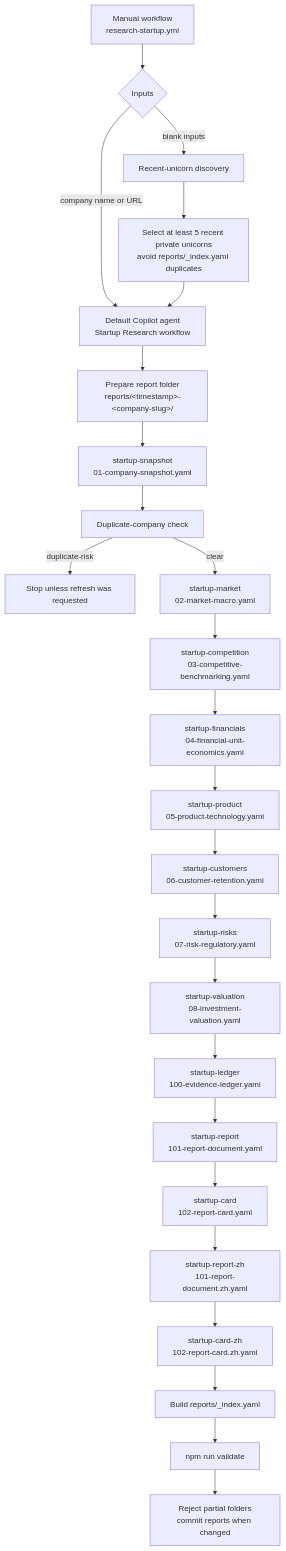
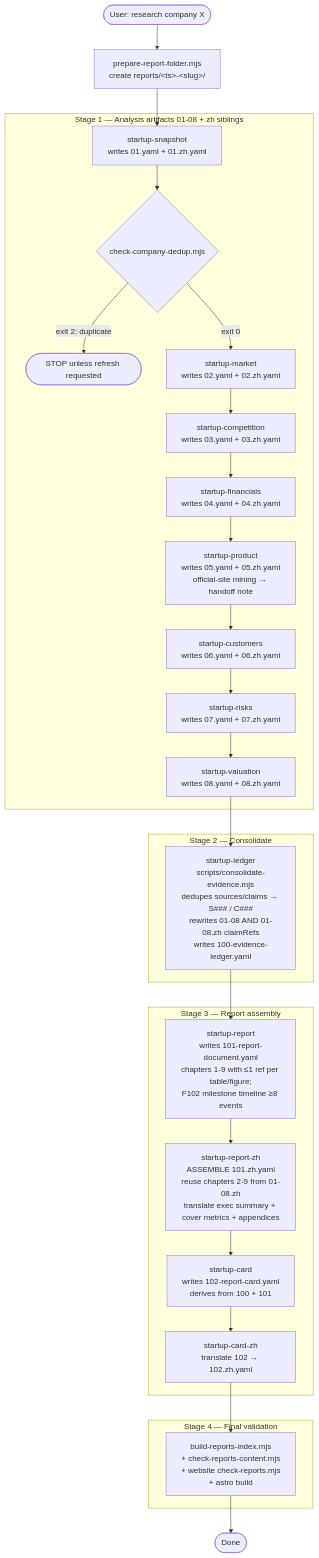
Before and after one commit to huangyingting/startup: the first of 3 diagrams in README.md, drawn with Mermaid. The commit also changed other lines of this file and 9 other files, not shown here.

Commit message:
Refactor README.md: enhance report artifact flow with detailed mermaid diagrams for analysis stages and validation processes. Improve clarity on per-skill dynamic gap loop and three-layer defense mechanisms.

````diff
--- a/README.md
+++ b/README.md
@@ -15,28 +17,43 @@
 ```mermaid
 flowchart TD
-  A[Manual workflow<br/>research-startup.yml] --> B{Inputs}
-  B -->|company name or URL| WF[Default Copilot agent<br/>Startup Research workflow]
-  B -->|blank inputs| DISC[Recent-unicorn discovery]
-  DISC --> PICK[Select at least 5 recent private unicorns<br/>avoid reports/_index.yaml duplicates]
-  PICK --> WF
+  Start([User: research company X]) --> Setup[prepare-report-folder.mjs<br/>create reports/&lt;ts&gt;-&lt;slug&gt;/]
+  Setup --> Snapshot
 
-  WF --> FOLDER[Prepare report folder<br/>reports/&lt;timestamp&gt;-&lt;company-slug&gt;/]
-  FOLDER --> S01[startup-snapshot<br/>01-company-snapshot.yaml]
-  S01 --> DEDUP[Duplicate-company check]
-  DEDUP -->|duplicate-risk| STOP[Stop unless refresh was requested]
-  DEDUP -->|clear| S02[startup-market<br/>02-market-macro.yaml]
-  S02 --> S03[startup-competition<br/>03-competitive-benchmarking.yaml]
-  S03 --> S04[startup-financials<br/>04-financial-unit-economics.yaml]
-  S04 --> S05[startup-product<br/>05-product-technology.yaml]
-  S05 --> S06[startup-customers<br/>06-customer-retention.yaml]
-  S06 --> S07[startup-risks<br/>07-risk-regulatory.yaml]
-  S07 --> S08[startup-valuation<br/>08-investment-valuation.yaml]
-  S08 --> LEDGER[startup-ledger<br/>100-evidence-ledger.yaml]
-  LEDGER --> REPORT[startup-report<br/>101-report-document.yaml]
-  REPORT --> CARD[startup-card<br/>102-report-card.yaml]
-  CARD --> REPORTZH[startup-report-zh<br/>101-report-document.zh.yaml]
-  REPORTZH --> CARDZH[startup-card-zh<br/>102-report-card.zh.yaml]
-  CARDZH --> INDEX[Build reports/_index.yaml]
-  INDEX --> VALIDATE[npm run validate]
-  VALIDATE --> COMMIT[Reject partial folders<br/>commit reports when changed]
+  subgraph Stage1[Stage 1 — Analysis artifacts 01-08 + zh siblings]
+    Snapshot[startup-snapshot<br/>writes 01.yaml + 01.zh.yaml]
+    Snapshot --> Dedup{check-company-dedup.mjs}
+    Dedup -- exit 2: duplicate --> Stop([STOP unless refresh requested])
+    Dedup -- exit 0 --> Market
+
+    Market[startup-market<br/>writes 02.yaml + 02.zh.yaml] --> Compete
+    Compete[startup-competition<br/>writes 03.yaml + 03.zh.yaml] --> Fin
+    Fin[startup-financials<br/>writes 04.yaml + 04.zh.yaml] --> Prod
+    Prod[startup-product<br/>writes 05.yaml + 05.zh.yaml<br/>official-site mining → handoff note] --> Cust
+    Cust[startup-customers<br/>writes 06.yaml + 06.zh.yaml] --> Risk
+    Risk[startup-risks<br/>writes 07.yaml + 07.zh.yaml] --> Val
+    Val[startup-valuation<br/>writes 08.yaml + 08.zh.yaml]
+  end
+
+  Val --> Ledger
+
+  subgraph Stage2[Stage 2 — Consolidate]
+    Ledger[startup-ledger<br/>scripts/consolidate-evidence.mjs<br/>dedupes sources/claims → S### / C###<br/>rewrites 01-08 AND 01-08.zh claimRefs<br/>writes 100-evidence-ledger.yaml]
+  end
+
+  Ledger --> Report
+
+  subgraph Stage3[Stage 3 — Report assembly]
+    Report[startup-report<br/>writes 101-report-document.yaml<br/>chapters 1-9 with ≤1 ref per table/figure;<br/>F102 milestone timeline ≥8 events]
+    Report --> ReportZh[startup-report-zh<br/>ASSEMBLE 101.zh.yaml<br/>reuse chapters 2-9 from 01-08.zh<br/>translate exec summary + cover metrics + appendices]
+    ReportZh --> Card[startup-card<br/>writes 102-report-card.yaml<br/>derives from 100 + 101]
+    Card --> CardZh[startup-card-zh<br/>translate 102 → 102.zh.yaml]
+  end
+
+  CardZh --> FinalVal
+
+  subgraph Stage4[Stage 4 — Final validation]
+    FinalVal[build-reports-index.mjs<br/>+ check-reports-content.mjs<br/>+ website check-reports.mjs<br/>+ astro build]
+  end
+
+  FinalVal --> End([Done])
 ```
````
